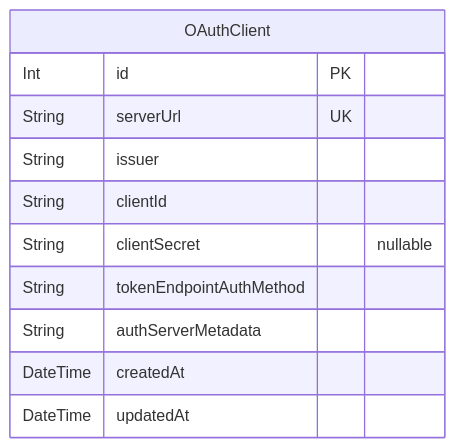
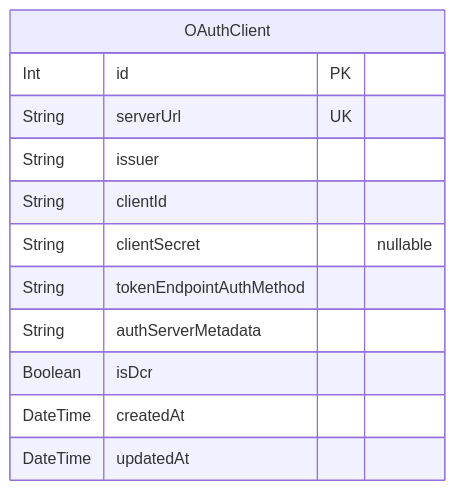
The third of 3 diagrams in apps/desktop/prisma/README.md (rayven122/tumiki), drawn with Mermaid before and after one commit. The commit also changed other lines of this file and 12 other files, not shown here.

````diff
--- a/apps/desktop/prisma/README.md
+++ b/apps/desktop/prisma/README.md
@@ -226,14 +226,15 @@
 ```mermaid
 erDiagram
 "OAuthClient" {
   Int id PK
   String serverUrl UK
   String issuer
   String clientId
   String clientSecret "nullable"
   String tokenEndpointAuthMethod
   String authServerMetadata
+  Boolean isDcr
   DateTime createdAt
   DateTime updatedAt
 }
 ```
````
